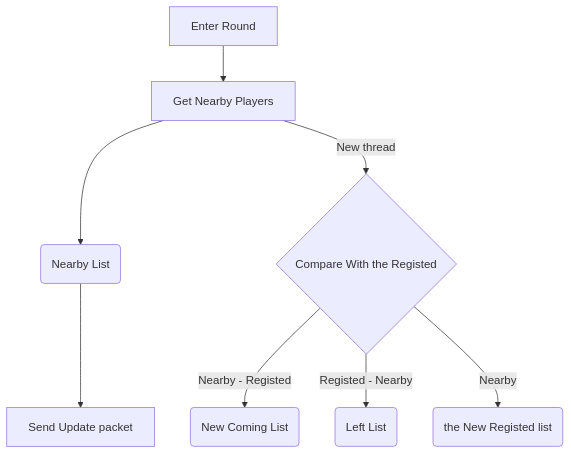
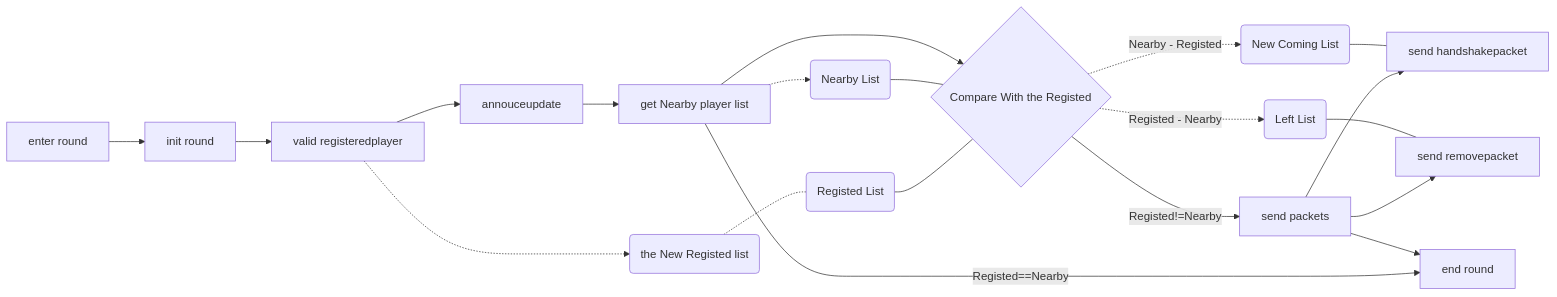
The diagram in weeks/week2.md (kkj9333/Get-jobs-for-my-cat), drawn with Mermaid before and after one commit.

````diff
--- a/weeks/week2.md
+++ b/weeks/week2.md
@@ -34,10 +34,22 @@
 ```mermaid
-  flowchart  TD;
-      A[Enter Round]-->B0[Get Nearby Players];
-      B0-->B1(Nearby List);
-      B0-->|New thread|B2{Compare With the Registed};
-      B2-->|Nearby - Registed|C(New Coming List);
-      B2-->|Registed - Nearby|D(Left List);
-      B2-->|Nearby|E(the New Registed list);
-      B1-->F[Send Update packet];
+  graph LR;
+      A[enter round]-->B[init round];
+      B-->C[valid registeredplayer];
+      C-.->C1(the New Registed list);
+      C-->D[annouceupdate];
+      D-->E0[get Nearby player list]
+      E0-.->E2(Nearby List);
+      C1-.-E1(Registed List);
+      E1---E3{Compare With the Registed};
+      E2---E3{Compare With the Registed};
+      E0-->E3{Compare With the Registed};
+      E3-->|Registed!=Nearby|E4[send packets];
+      E3-.->|Nearby - Registed|E5(New Coming List);
+      E3-.->|Registed - Nearby|E6(Left List);
+      E4-->F[send handshakepacket];
+      E4-->G[send removepacket];
+      E5---F[send handshakepacket];
+      E6---G[send removepacket];
+      E0-->|Registed==Nearby|H[end round];
+      E4-->H[end round]
 ```
````
